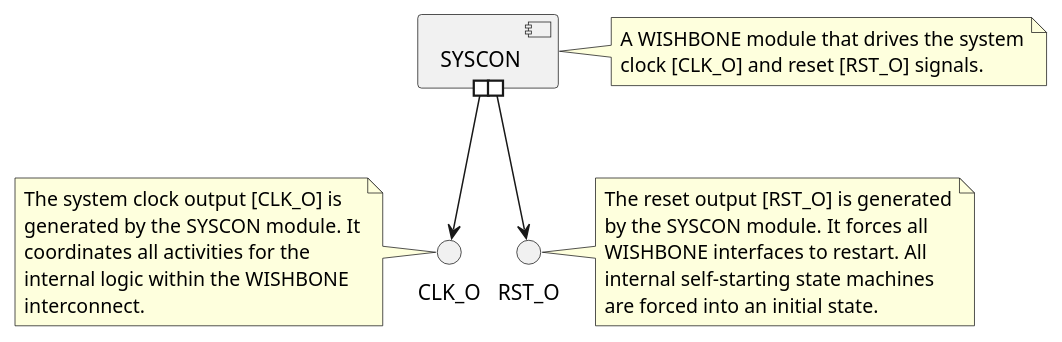
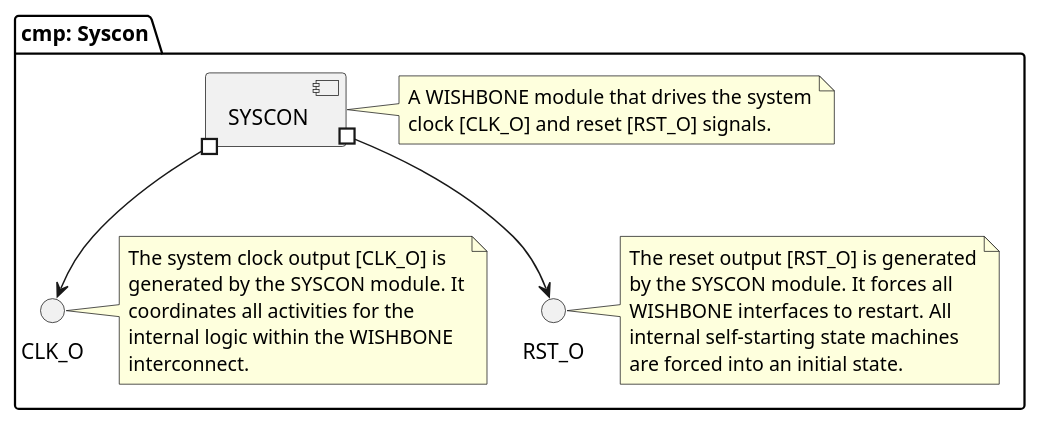
Before and after one commit to SoerenSofke/DiamondDust: the diagram in soc/syscon/syscon.puml, drawn with PlantUML.

Commit message:
I like to have a frame

```diff
--- a/soc/syscon/syscon.puml
+++ b/soc/syscon/syscon.puml
@@ -1,30 +1,32 @@
 @startuml syscon
-
 skinparam componentStyle uml2
 
-[SYSCON] #--> CLK_O
-[SYSCON] #--> RST_O
+package "cmp: Syscon" {
 
-note left of CLK_O
-    The system clock output [CLK_O] is
-    generated by the SYSCON module. It
-    coordinates all activities for the
-    internal logic within the WISHBONE
-    interconnect.
-end note
+    [SYSCON] #--> CLK_O
+    [SYSCON] #--> RST_O
 
-note right of RST_O
-    The reset output [RST_O] is generated
-    by the SYSCON module. It forces all
-    WISHBONE interfaces to restart. All
-    internal self-starting state machines
-    are forced into an initial state.
-end note
+    note right of CLK_O
+        The system clock output [CLK_O] is
+        generated by the SYSCON module. It
+        coordinates all activities for the
+        internal logic within the WISHBONE
+        interconnect.
+    end note
+
+    note right of RST_O
+        The reset output [RST_O] is generated
+        by the SYSCON module. It forces all
+        WISHBONE interfaces to restart. All
+        internal self-starting state machines
+        are forced into an initial state.
+    end note
 
 
-note right of [SYSCON]
+    note right of [SYSCON]
     A WISHBONE module that drives the system
     clock [CLK_O] and reset [RST_O] signals.
-end note
+    end note
+}
 
 @enduml
```
